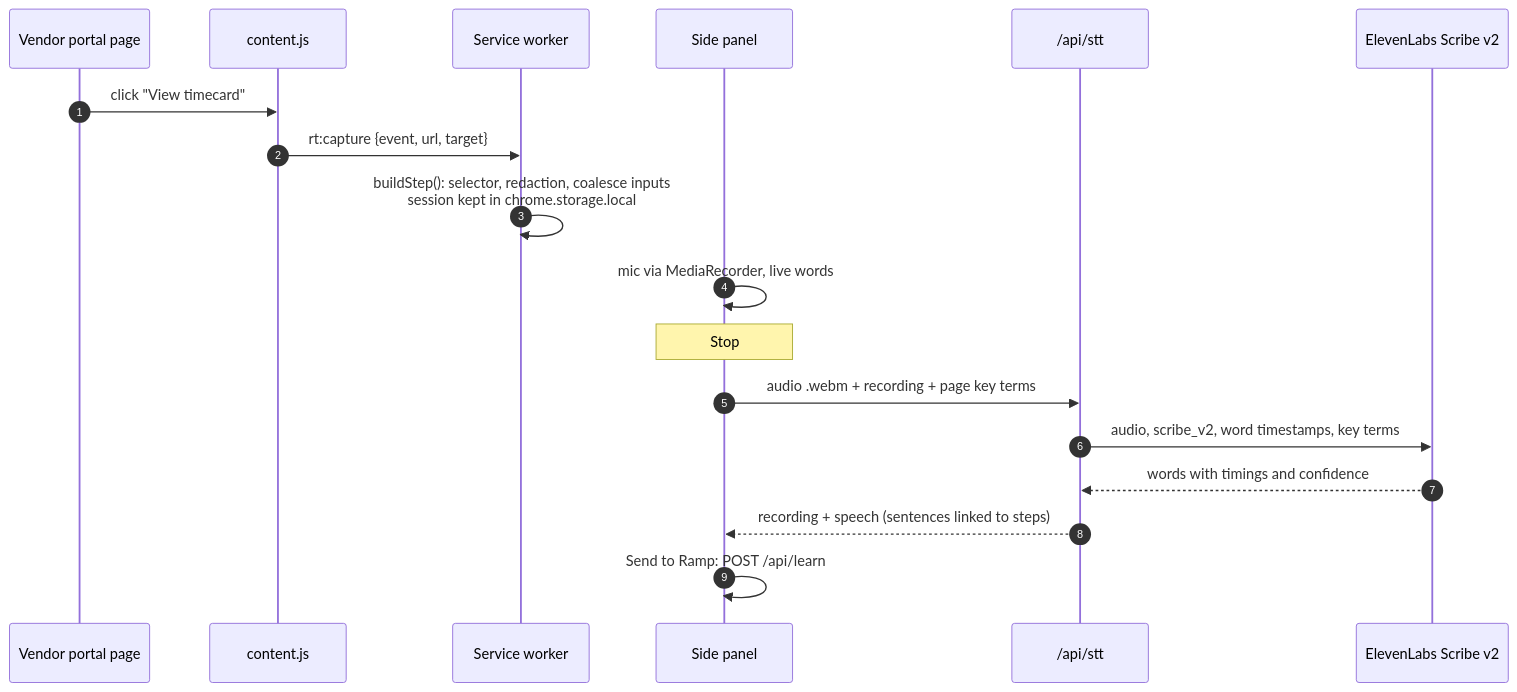
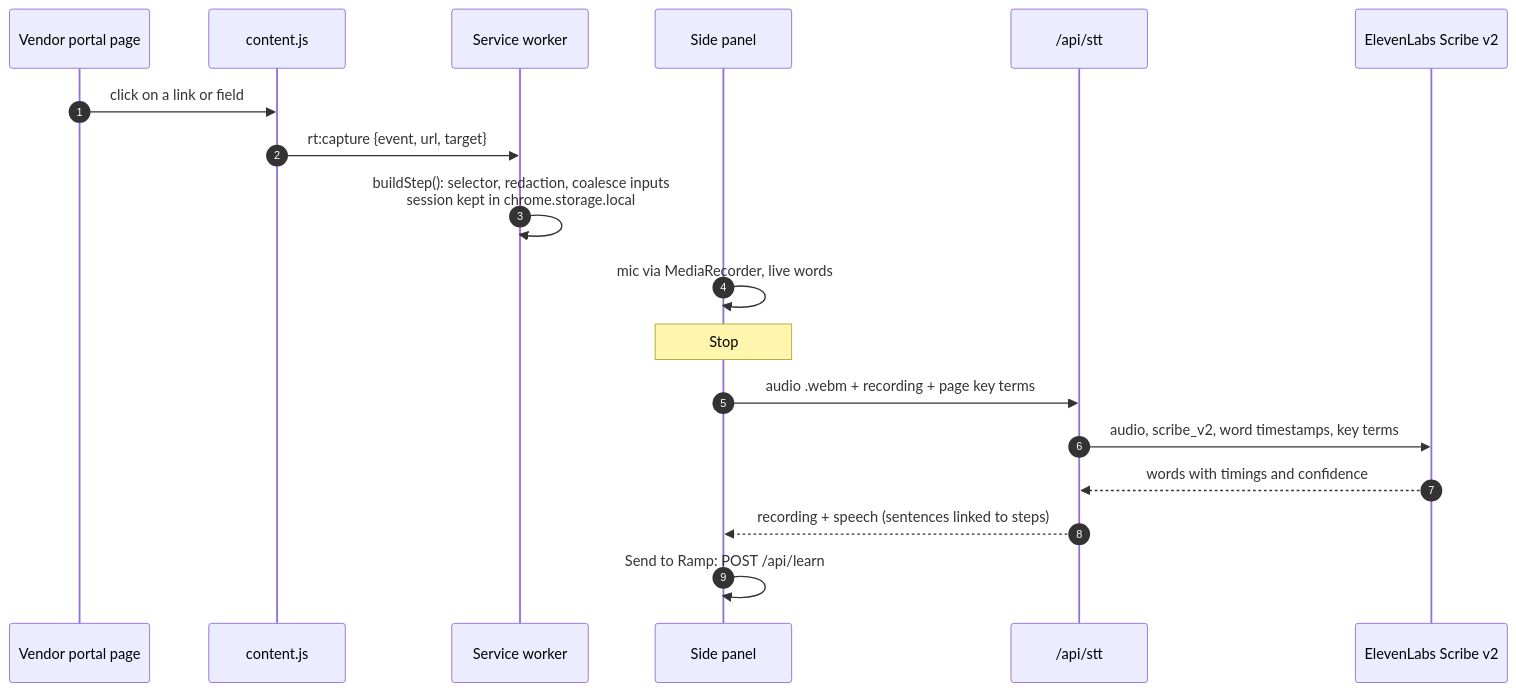
The second of 5 diagrams in README.md (sahith-p/ramp-teach), drawn with Mermaid before and after one commit. The commit also changed other lines of this file, not shown here.

````diff
--- a/README.md
+++ b/README.md
@@ -103,21 +103,21 @@
 ```mermaid
 sequenceDiagram
   autonumber
   participant P as Vendor portal page
   participant C as content.js
   participant W as Service worker
   participant S as Side panel
   participant A as /api/stt
   participant E as ElevenLabs Scribe v2
 
-  P->>C: click "View timecard"
+  P->>C: click on a link or field
   C->>W: rt:capture {event, url, target}
   W->>W: buildStep(): selector, redaction, coalesce inputs<br/>session kept in chrome.storage.local
   S->>S: mic via MediaRecorder, live words
   Note over S: Stop
   S->>A: audio .webm + recording + page key terms
   A->>E: audio, scribe_v2, word timestamps, key terms
   E-->>A: words with timings and confidence
   A-->>S: recording + speech (sentences linked to steps)
   S->>S: Send to Ramp: POST /api/learn
 ```
````
